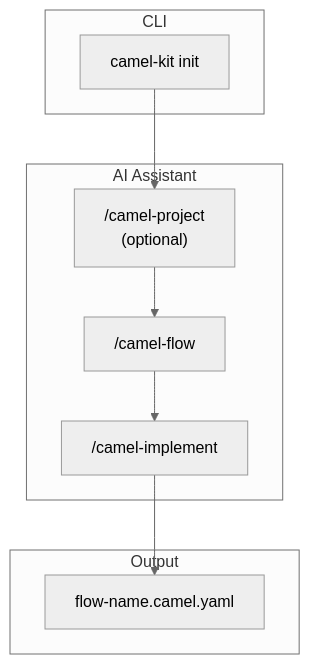
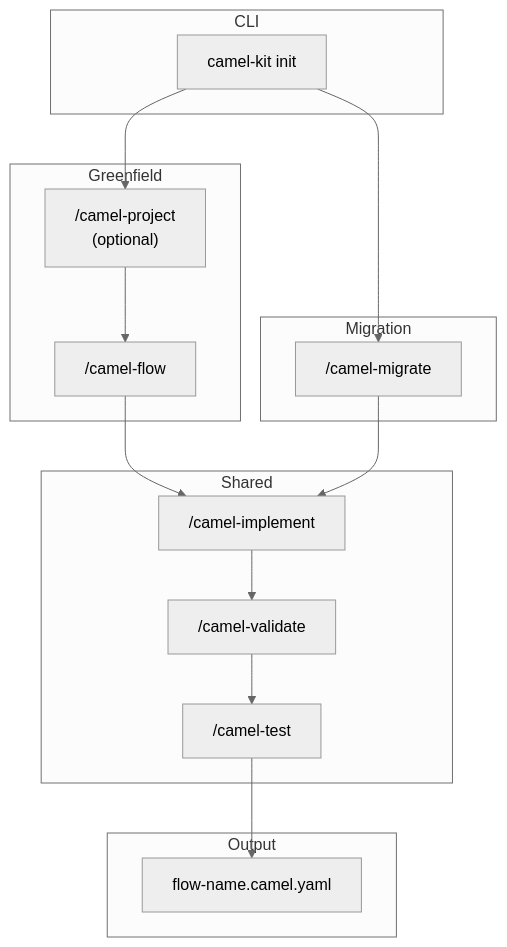
One commit to luigidemasi/camel-kit changed the first of 2 diagrams in docs/user-guide.md. Above: the diagram before and after it, drawn with Mermaid (neutral theme). The commit also changed other lines of this file and 14 other files, not shown here.

Commit message:
Added camel migrate command/skill

````diff
--- a/docs/user-guide.md
+++ b/docs/user-guide.md
@@ -141,16 +148,25 @@
 ```mermaid
 flowchart TB
     subgraph CLI
         A[camel-kit init]
     end
-    subgraph "AI Assistant"
+    subgraph "Greenfield"
         B["/camel-project<br/>(optional)"]
         C["/camel-flow"]
+    end
+    subgraph "Migration"
+        M["/camel-migrate"]
+    end
+    subgraph "Shared"
         D["/camel-implement"]
+        V["/camel-validate"]
+        T["/camel-test"]
     end
     subgraph Output
         E["flow-name.camel.yaml"]
     end
 
-    A --> B --> C --> D --> E
+    A --> B --> C --> D
+    A --> M --> D
+    D --> V --> T --> E
 ```
````
